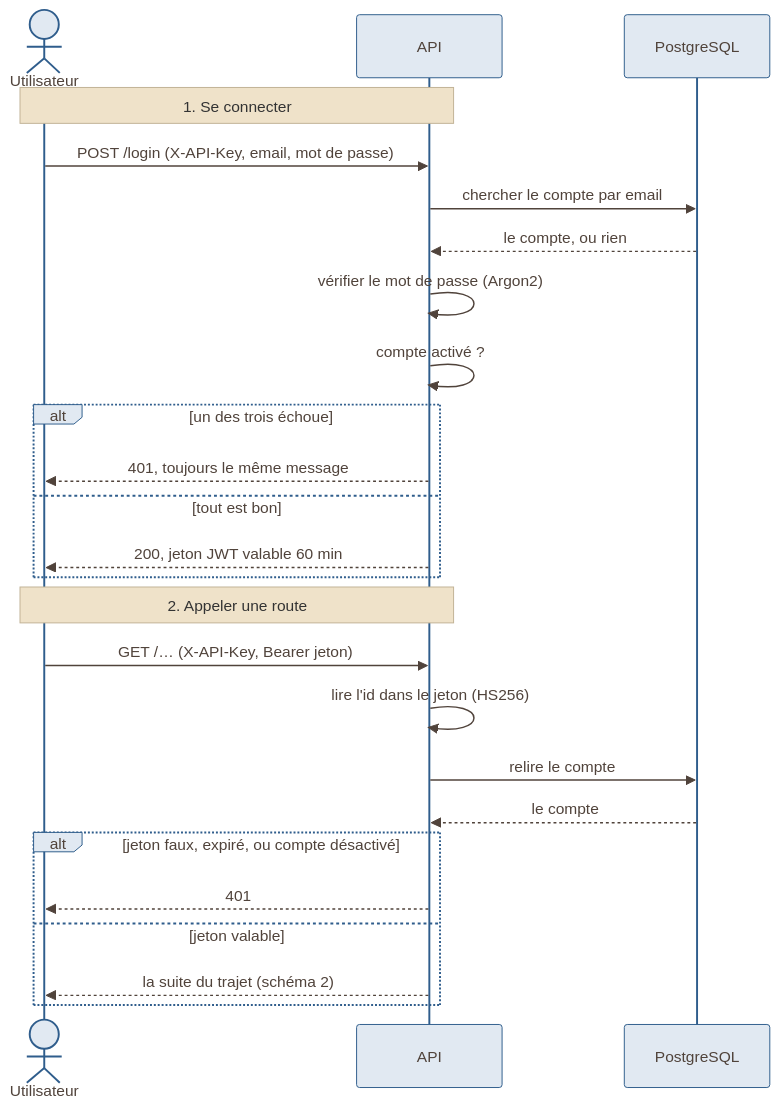
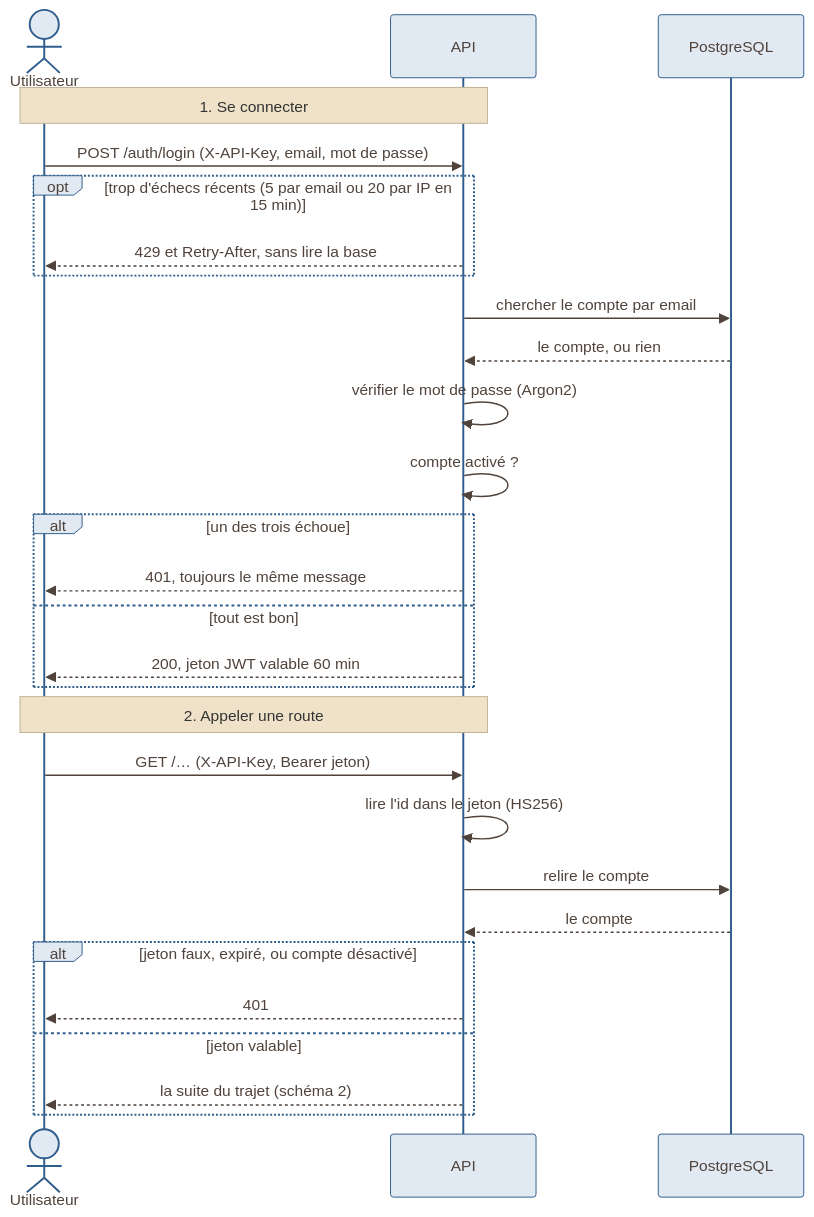
The diagram in livrables/4-application/08-connexion-et-jeton.md (GaSeBeLa/Fil-Rouge), drawn with Mermaid before and after one commit. The commit also changed 7 other files, not shown here.

````diff
--- a/livrables/4-application/08-connexion-et-jeton.md
+++ b/livrables/4-application/08-connexion-et-jeton.md
@@ -14,30 +14,33 @@
 ```mermaid
 %%{init: {"theme":"base","themeVariables":{"background":"#faf1e2","primaryColor":"#faf1e2","primaryBorderColor":"#6e6151","primaryTextColor":"#50433b","lineColor":"#6e6151","textColor":"#50433b","edgeLabelBackground":"#efe2c9","clusterBkg":"#f3e8d4","clusterBorder":"#c1b295","actorBkg":"#e1e9f2","actorBorder":"#2f5d8c","noteBkgColor":"#efe2c9","noteBorderColor":"#c1b295","fontFamily":"Arial, sans-serif","fontSize":"18px"}}}%%
 sequenceDiagram
     actor U as Utilisateur
     participant A as API
     participant B as PostgreSQL
 
     Note over U,A: 1. Se connecter
-    U->>A: POST /login (X-API-Key, email, mot de passe)
+    U->>A: POST /auth/login (X-API-Key, email, mot de passe)
+    opt trop d'échecs récents (5 par email ou 20 par IP en 15 min)
+        A-->>U: 429 et Retry-After, sans lire la base
+    end
     A->>B: chercher le compte par email
     B-->>A: le compte, ou rien
     A->>A: vérifier le mot de passe (Argon2)
     A->>A: compte activé ?
     alt un des trois échoue
         A-->>U: 401, toujours le même message
     else tout est bon
         A-->>U: 200, jeton JWT valable 60 min
     end
 
     Note over U,A: 2. Appeler une route
     U->>A: GET /… (X-API-Key, Bearer jeton)
     A->>A: lire l'id dans le jeton (HS256)
     A->>B: relire le compte
     B-->>A: le compte
     alt jeton faux, expiré, ou compte désactivé
         A-->>U: 401
     else jeton valable
         A-->>U: la suite du trajet (schéma 2)
     end
 ```
````
